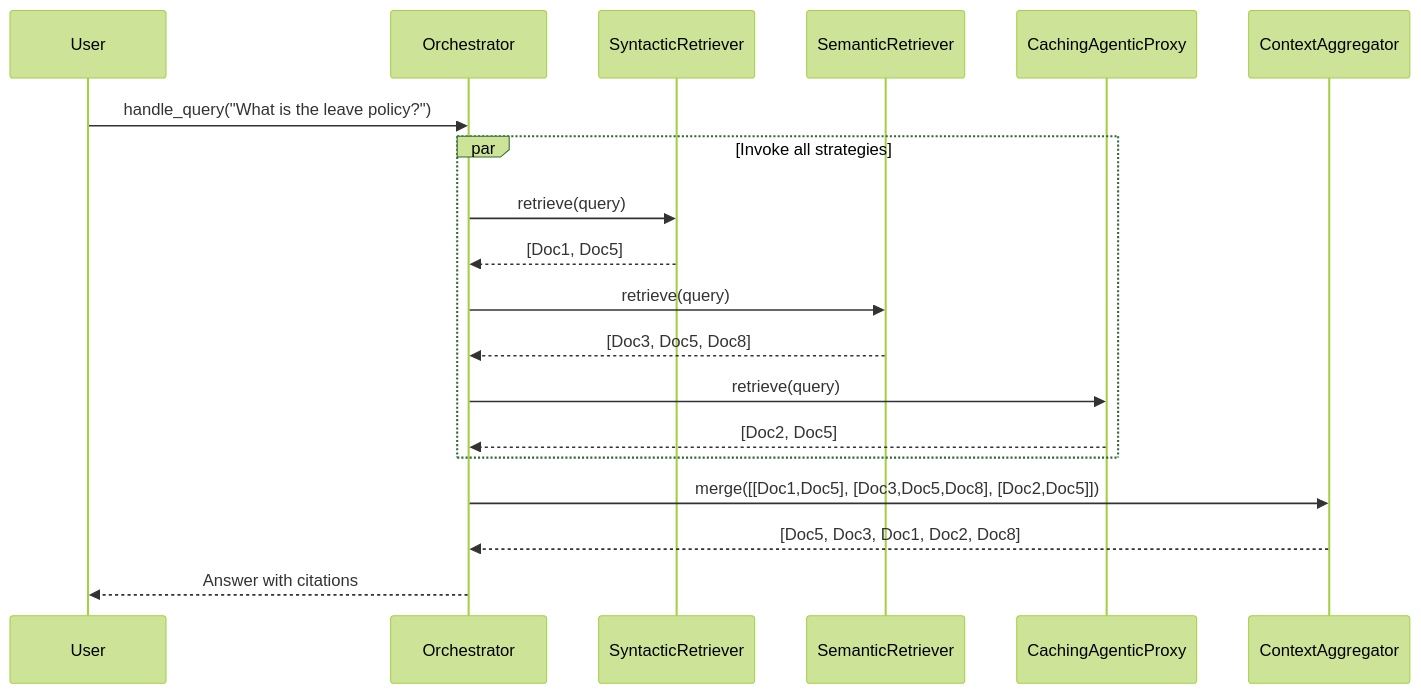
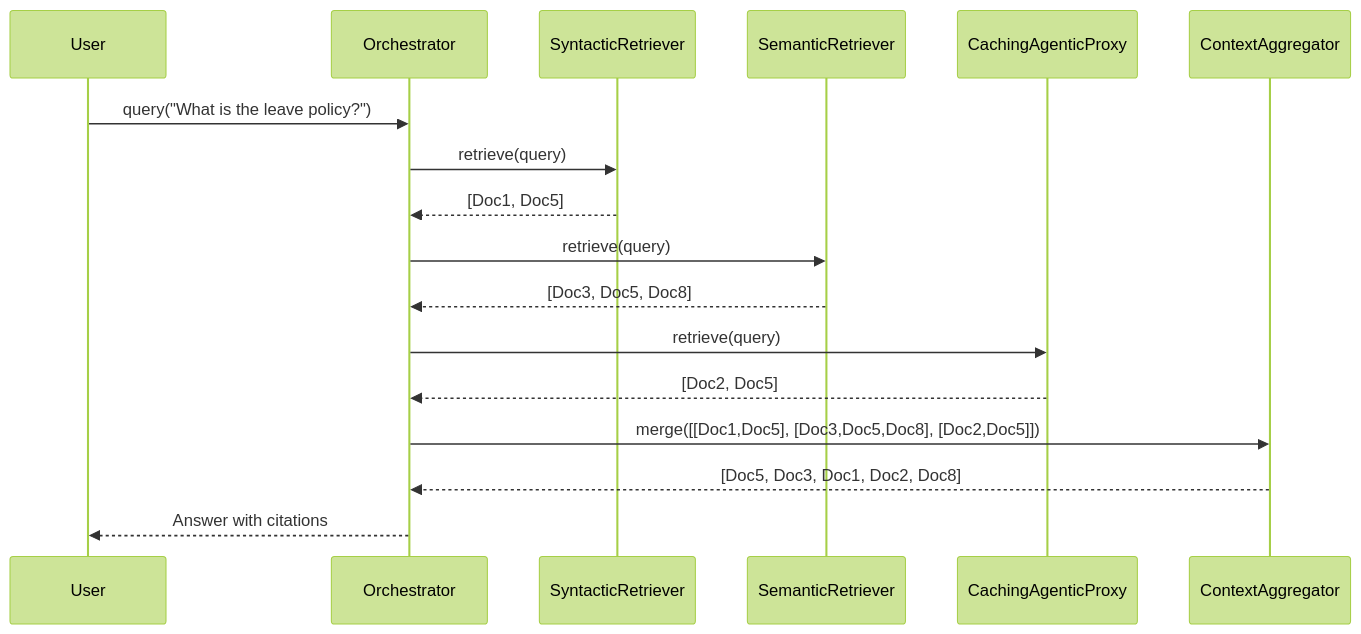
The second of 4 diagrams in Task3/ImplementationPatterns.md (Arihant25/aamsir), drawn with Mermaid (forest theme) before and after one commit. The commit also changed other lines of this file and 12 other files, not shown here.

````diff
--- a/Task3/ImplementationPatterns.md
+++ b/Task3/ImplementationPatterns.md
@@ -83,22 +95,20 @@
 ```mermaid
 sequenceDiagram
     participant User
     participant Orchestrator
     participant SyntacticRetriever
     participant SemanticRetriever
     participant CachingAgenticProxy
     participant ContextAggregator
 
-    User->>Orchestrator: handle_query("What is the leave policy?")
-    par Invoke all strategies
-        Orchestrator->>SyntacticRetriever: retrieve(query)
-        SyntacticRetriever-->>Orchestrator: [Doc1, Doc5]
-        Orchestrator->>SemanticRetriever: retrieve(query)
-        SemanticRetriever-->>Orchestrator: [Doc3, Doc5, Doc8]
-        Orchestrator->>CachingAgenticProxy: retrieve(query)
-        CachingAgenticProxy-->>Orchestrator: [Doc2, Doc5]
-    end
+    User->>Orchestrator: query("What is the leave policy?")
+    Orchestrator->>SyntacticRetriever: retrieve(query)
+    SyntacticRetriever-->>Orchestrator: [Doc1, Doc5]
+    Orchestrator->>SemanticRetriever: retrieve(query)
+    SemanticRetriever-->>Orchestrator: [Doc3, Doc5, Doc8]
+    Orchestrator->>CachingAgenticProxy: retrieve(query)
+    CachingAgenticProxy-->>Orchestrator: [Doc2, Doc5]
     Orchestrator->>ContextAggregator: merge([[Doc1,Doc5], [Doc3,Doc5,Doc8], [Doc2,Doc5]])
     ContextAggregator-->>Orchestrator: [Doc5, Doc3, Doc1, Doc2, Doc8]
     Orchestrator-->>User: Answer with citations
 ```
````
